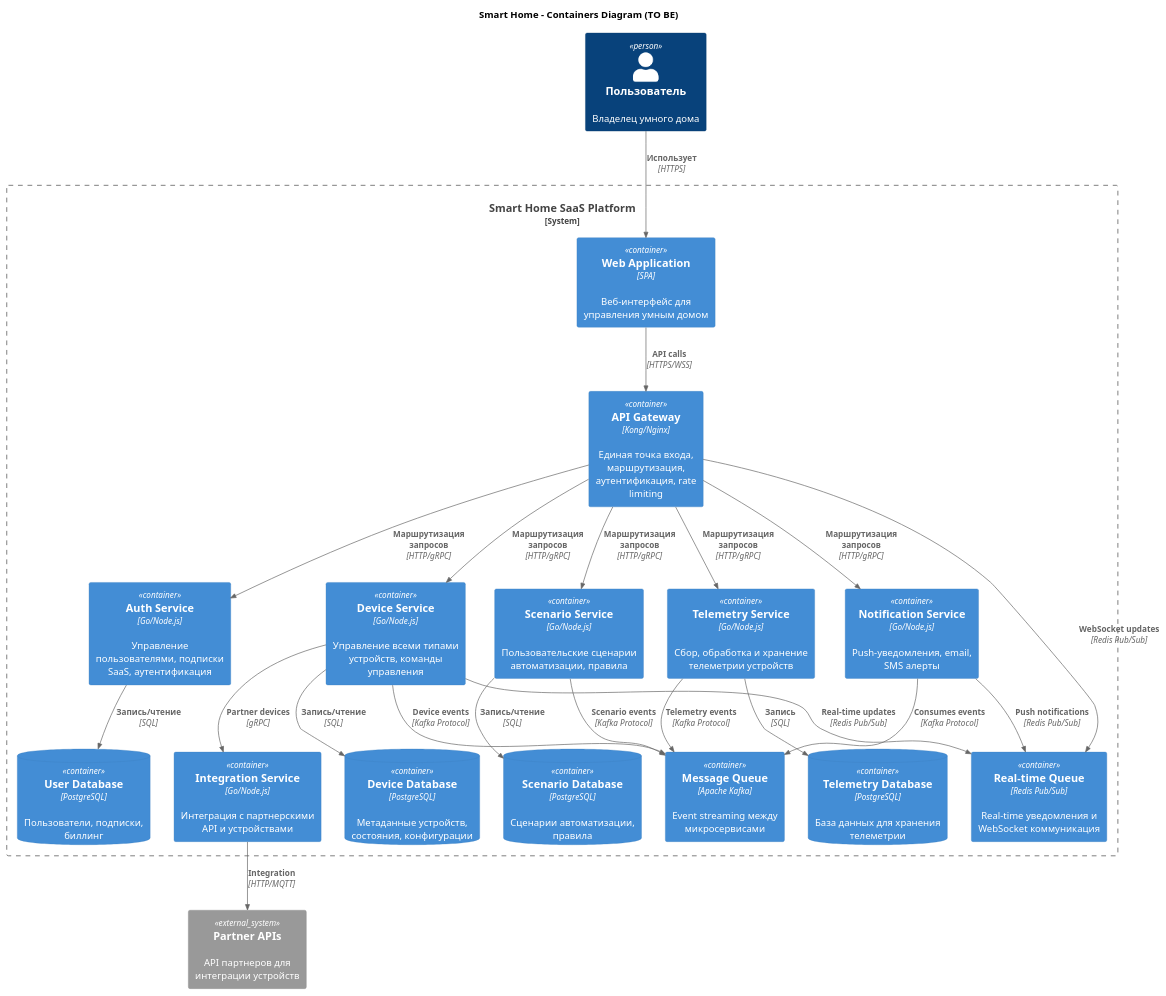
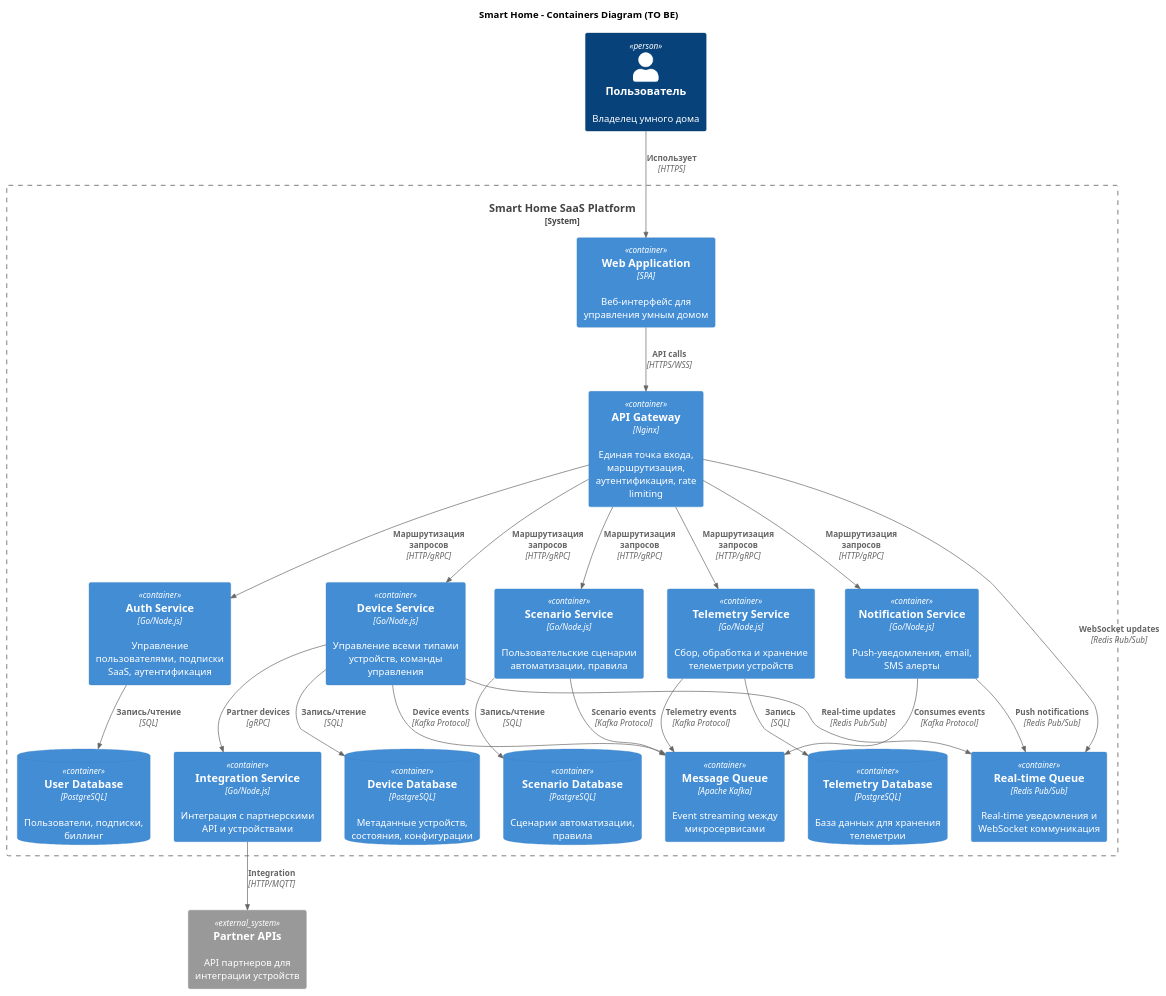
Before and after one commit to nurbek-sozoev/architecture-warmhouse: the diagram in apps/diagrams/to-be/containers-diagram.puml, drawn with PlantUML. The commit also changed 1 other file, not shown here.

Commit message:
Added scenario service diagram

```diff
--- a/apps/diagrams/to-be/containers-diagram.puml
+++ b/apps/diagrams/to-be/containers-diagram.puml
@@ -1,62 +1,62 @@
 @startuml
 !include https://raw.githubusercontent.com/plantuml-stdlib/C4-PlantUML/master/C4_Container.puml
 
 title Smart Home - Containers Diagram (TO BE)
 
 Person(user, "Пользователь", "Владелец умного дома")
 System_Ext(partnerApis, "Partner APIs", "API партнеров для интеграции устройств")
 
 System_Boundary(platform, "Smart Home SaaS Platform") {
     Container(webApp, "Web Application", "SPA", "Веб-интерфейс для управления умным домом")
     
-    Container(apiGateway, "API Gateway", "Kong/Nginx", "Единая точка входа, маршрутизация, аутентификация, rate limiting")
+    Container(apiGateway, "API Gateway", "Nginx", "Единая точка входа, маршрутизация, аутентификация, rate limiting")
     
     Container(authService, "Auth Service", "Go/Node.js", "Управление пользователями, подписки SaaS, аутентификация")
     Container(deviceService, "Device Service", "Go/Node.js", "Управление всеми типами устройств, команды управления")  
     Container(scenarioService, "Scenario Service", "Go/Node.js", "Пользовательские сценарии автоматизации, правила")
     Container(telemetryService, "Telemetry Service", "Go/Node.js", "Сбор, обработка и хранение телеметрии устройств")
     Container(integrationService, "Integration Service", "Go/Node.js", "Интеграция с партнерскими API и устройствами")
     Container(notificationService, "Notification Service", "Go/Node.js", "Push-уведомления, email, SMS алерты")
     
     ContainerDb(userDb, "User Database", "PostgreSQL", "Пользователи, подписки, биллинг")
     ContainerDb(deviceDb, "Device Database", "PostgreSQL", "Метаданные устройств, состояния, конфигурации")
     ContainerDb(telemetryDb, "Telemetry Database", "PostgreSQL", "База данных для хранения телеметрии")
     ContainerDb(scenarioDb, "Scenario Database", "PostgreSQL", "Сценарии автоматизации, правила")
     
     Container(messageQueue, "Message Queue", "Apache Kafka", "Event streaming между микросервисами")
     Container(realTimeQueue, "Real-time Queue", "Redis Pub/Sub", "Real-time уведомления и WebSocket коммуникация")
 }
 
 ' Пользовательские интерфейсы
 Rel(user, webApp, "Использует", "HTTPS")
 Rel(webApp, apiGateway, "API calls", "HTTPS/WSS")
 
 ' API Gateway маршрутизация
 Rel(apiGateway, authService, "Маршрутизация запросов", "HTTP/gRPC")
 Rel(apiGateway, deviceService, "Маршрутизация запросов", "HTTP/gRPC")  
 Rel(apiGateway, scenarioService, "Маршрутизация запросов", "HTTP/gRPC")
 Rel(apiGateway, telemetryService, "Маршрутизация запросов", "HTTP/gRPC")
 Rel(apiGateway, notificationService, "Маршрутизация запросов", "HTTP/gRPC")
 
 ' Микросервисы и базы данных
 Rel(authService, userDb, "Запись/чтение", "SQL")
 Rel(deviceService, deviceDb, "Запись/чтение", "SQL")
 Rel(telemetryService, telemetryDb, "Запись", "SQL")
 Rel(scenarioService, scenarioDb, "Запись/чтение", "SQL")
 
 ' Event streaming
 Rel(deviceService, messageQueue, "Device events", "Kafka Protocol")
 Rel(scenarioService, messageQueue, "Scenario events", "Kafka Protocol") 
 Rel(telemetryService, messageQueue, "Telemetry events", "Kafka Protocol")
 Rel(notificationService, messageQueue, "Consumes events", "Kafka Protocol")
 
 ' Real-time коммуникация
 Rel(deviceService, realTimeQueue, "Real-time updates", "Redis Pub/Sub")
 Rel(notificationService, realTimeQueue, "Push notifications", "Redis Pub/Sub")
 Rel(apiGateway, realTimeQueue, "WebSocket updates", "Redis Pub/Sub")
 
 ' Внешние интеграции
 Rel(integrationService, partnerApis, "Integration", "HTTP/MQTT")
 Rel(deviceService, integrationService, "Partner devices", "gRPC")
 
 @enduml 
```
